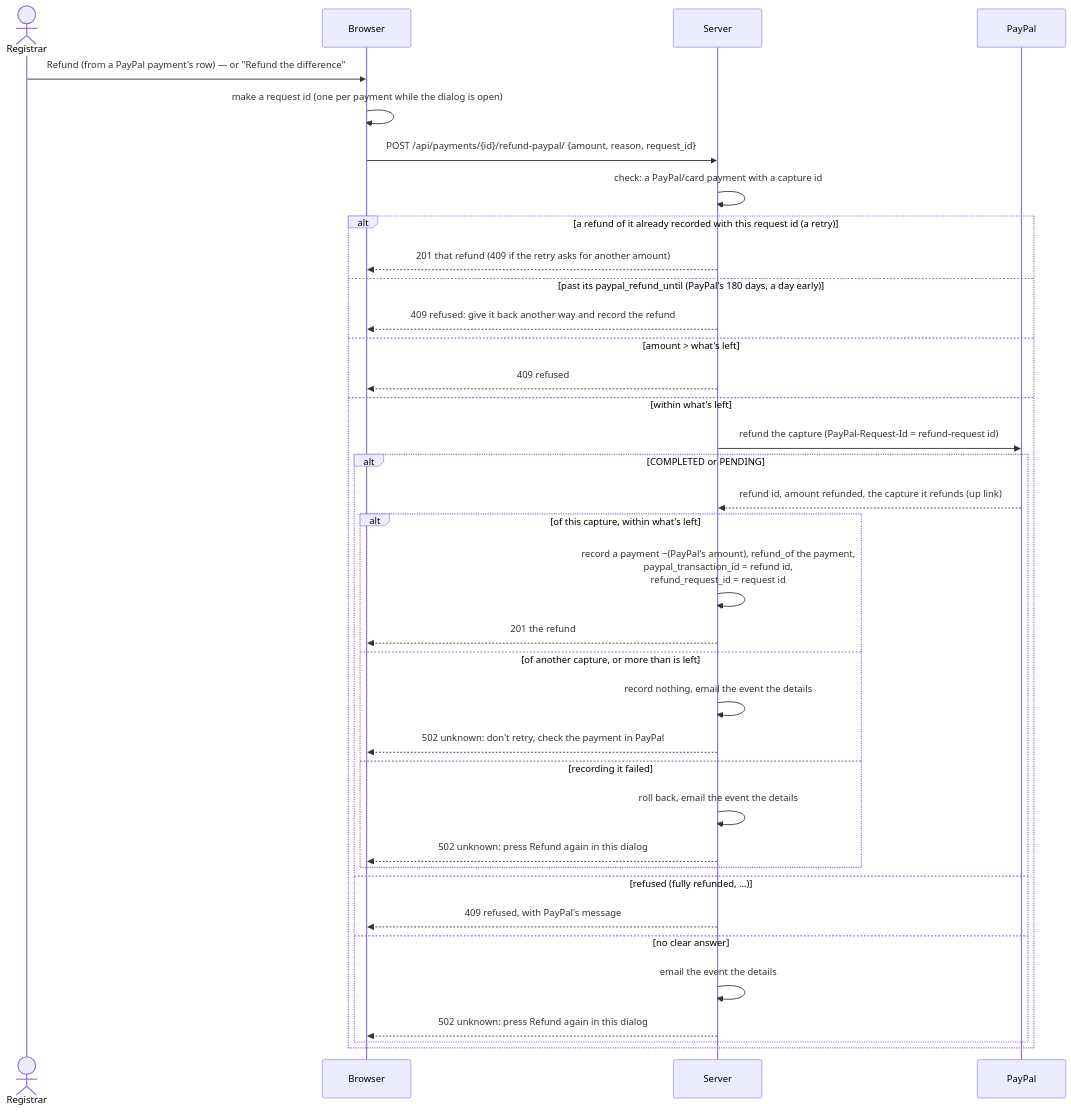
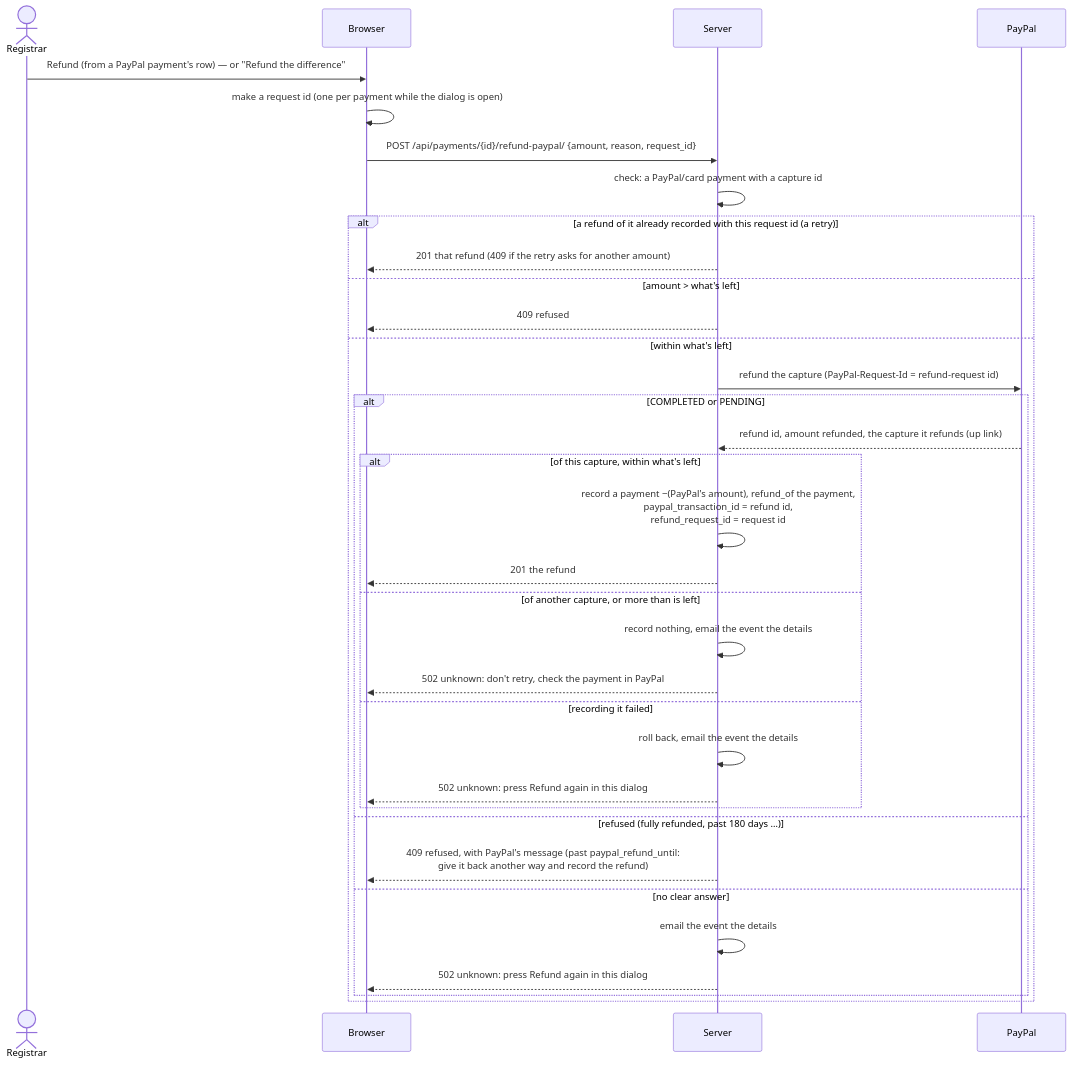
The ninth of 14 diagrams in doc/payments.md (camphoric/camphoric), drawn with Mermaid before and after one commit. The commit also changed other lines of this file and 3 other files, not shown here.

First line of the commit message:
fix(payments): let a late retry of a lost PayPal refund reach PayPal

````diff
--- a/doc/payments.md
+++ b/doc/payments.md
@@ -635,38 +635,36 @@
 ```mermaid
 sequenceDiagram
     actor A as Registrar
     participant B as Browser
     participant S as Server
     participant P as PayPal
     A->>B: Refund (from a PayPal payment's row) — or "Refund the difference"
     B->>B: make a request id (one per payment while the dialog is open)
     B->>S: POST /api/payments/{id}/refund-paypal/ {amount, reason, request_id}
     S->>S: check: a PayPal/card payment with a capture id
     alt a refund of it already recorded with this request id (a retry)
         S-->>B: 201 that refund (409 if the retry asks for another amount)
-    else past its paypal_refund_until (PayPal's 180 days, a day early)
-        S-->>B: 409 refused: give it back another way and record the refund
     else amount > what's left
         S-->>B: 409 refused
     else within what's left
         S->>P: refund the capture (PayPal-Request-Id = refund-request id)
         alt COMPLETED or PENDING
             P-->>S: refund id, amount refunded, the capture it refunds (up link)
             alt of this capture, within what's left
                 S->>S: record a payment −(PayPal's amount), refund_of the payment,<br/>paypal_transaction_id = refund id,<br/>refund_request_id = request id
                 S-->>B: 201 the refund
             else of another capture, or more than is left
                 S->>S: record nothing, email the event the details
                 S-->>B: 502 unknown: don't retry, check the payment in PayPal
             else recording it failed
                 S->>S: roll back, email the event the details
                 S-->>B: 502 unknown: press Refund again in this dialog
             end
-        else refused (fully refunded, …)
-            S-->>B: 409 refused, with PayPal's message
+        else refused (fully refunded, past 180 days …)
+            S-->>B: 409 refused, with PayPal's message (past paypal_refund_until:<br/>give it back another way and record the refund)
         else no clear answer
             S->>S: email the event the details
             S-->>B: 502 unknown: press Refund again in this dialog
         end
     end
 ```
````
